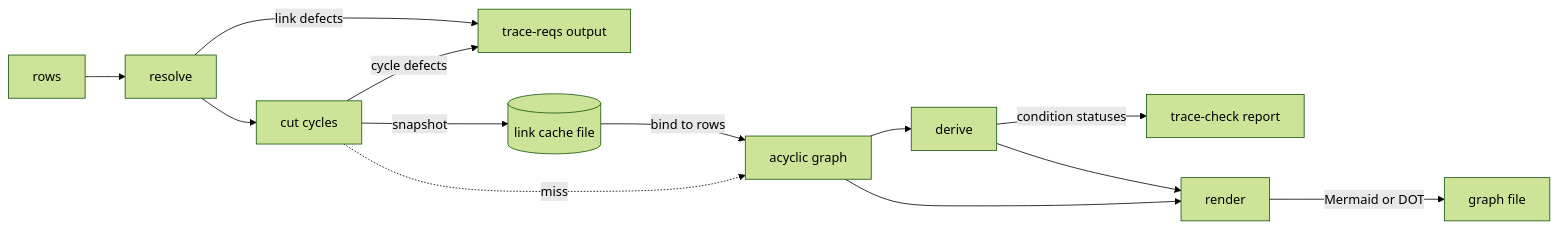
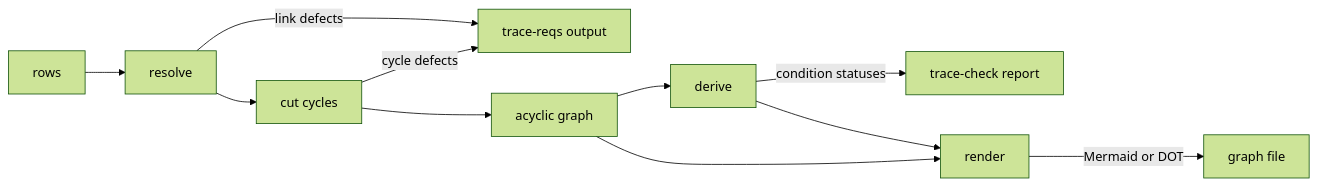
One commit to Dyse-Industries/control-rs changed the diagram in documentation/vv/tracer-link-graph-design.md. Above: the diagram before and after it, drawn with Mermaid (forest theme). The commit also changed other lines of this file and 3 other files, not shown here.

Commit message:
one graph per process

````diff
--- a/documentation/vv/tracer-link-graph-design.md
+++ b/documentation/vv/tracer-link-graph-design.md
@@ -114,15 +95,13 @@
 ```mermaid
 flowchart LR
     R[rows] --> A[resolve]
     A -->|link defects| D1[trace-reqs output]
     A --> B[cut cycles]
     B -->|cycle defects| D1
-    B -->|snapshot| S[(link cache file)]
-    S -->|bind to rows| G[acyclic graph]
-    B -.->|miss| G
+    B --> G[acyclic graph]
     G --> C[derive]
     C -->|condition statuses| D2[trace-check report]
     G --> E[render]
     C --> E
     E -->|Mermaid or DOT| D3[graph file]
 ```
````
